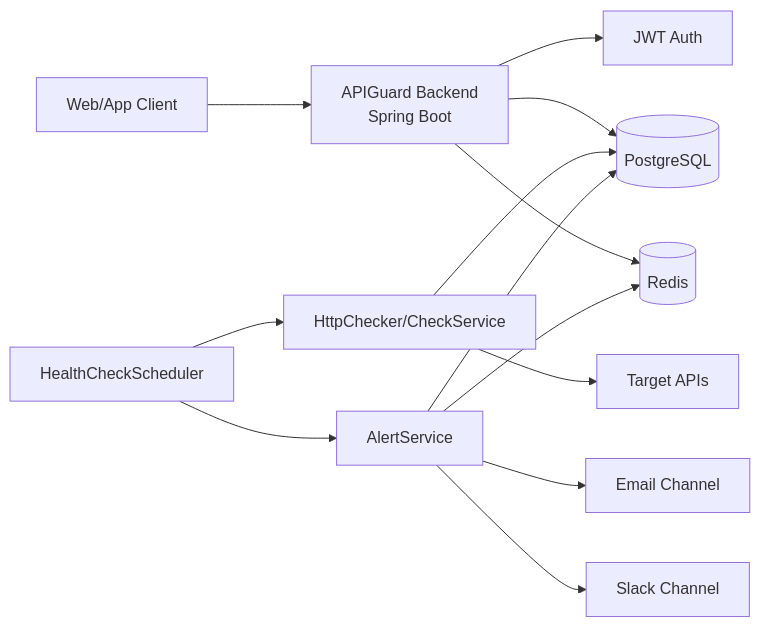
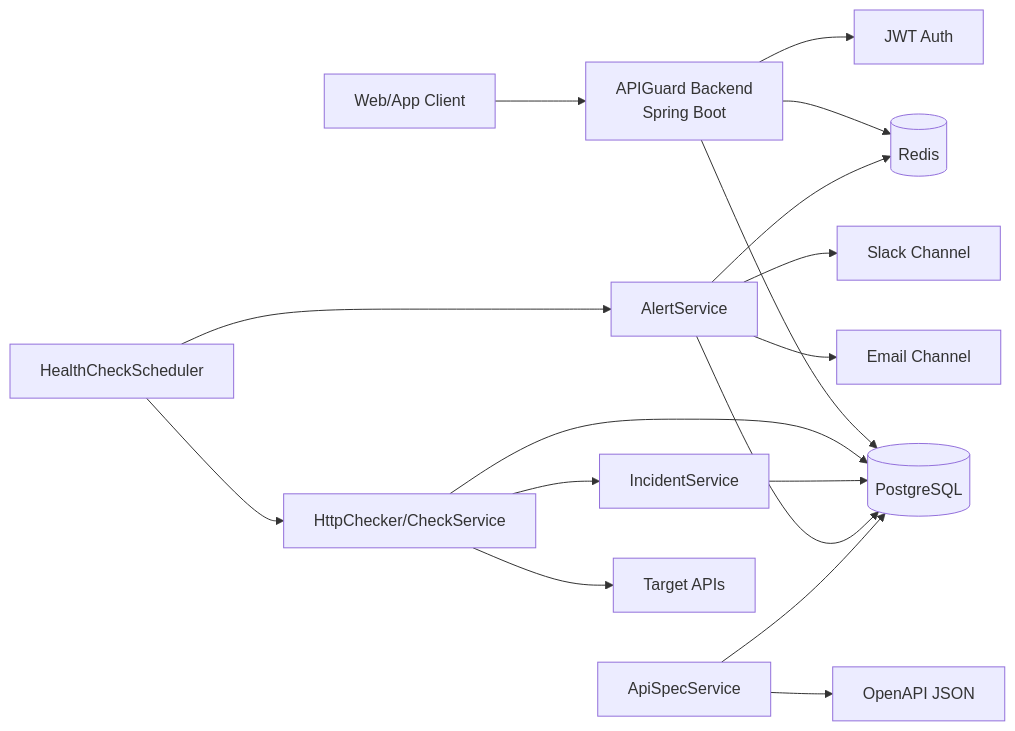
One commit to ksyee/apiguard-backend changed the first of 2 diagrams in README.md. Above: the diagram before and after it, drawn with Mermaid. The commit also changed other lines of this file and 36 other files, not shown here.

````diff
--- a/README.md
+++ b/README.md
@@ -36,27 +42,34 @@
 ```mermaid
 flowchart LR
     Client[Web/App Client]
     API[APIGuard Backend\nSpring Boot]
     Auth[JWT Auth]
     Scheduler[HealthCheckScheduler]
     Checker[HttpChecker/CheckService]
     Alert[AlertService]
+    Incident[IncidentService]
+    Spec[ApiSpecService]
     PG[(PostgreSQL)]
     Redis[(Redis)]
     ExtAPI[Target APIs]
+    OpenAPI[OpenAPI JSON]
     Email[Email Channel]
     Slack[Slack Channel]
 
     Client --> API
     API --> Auth
     API --> PG
     API --> Redis
     Scheduler --> Checker
     Checker --> ExtAPI
     Checker --> PG
+    Checker --> Incident
+    Incident --> PG
     Scheduler --> Alert
     Alert --> PG
     Alert --> Redis
     Alert --> Email
     Alert --> Slack
+    Spec --> OpenAPI
+    Spec --> PG
 ```
````
